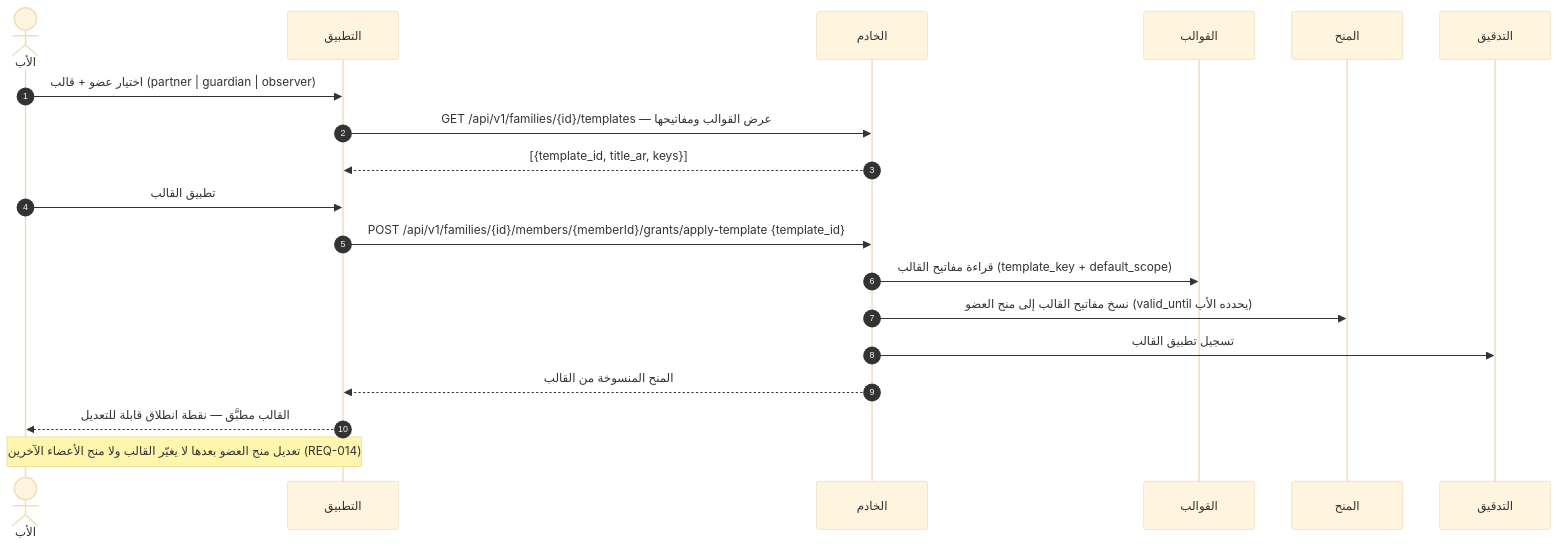
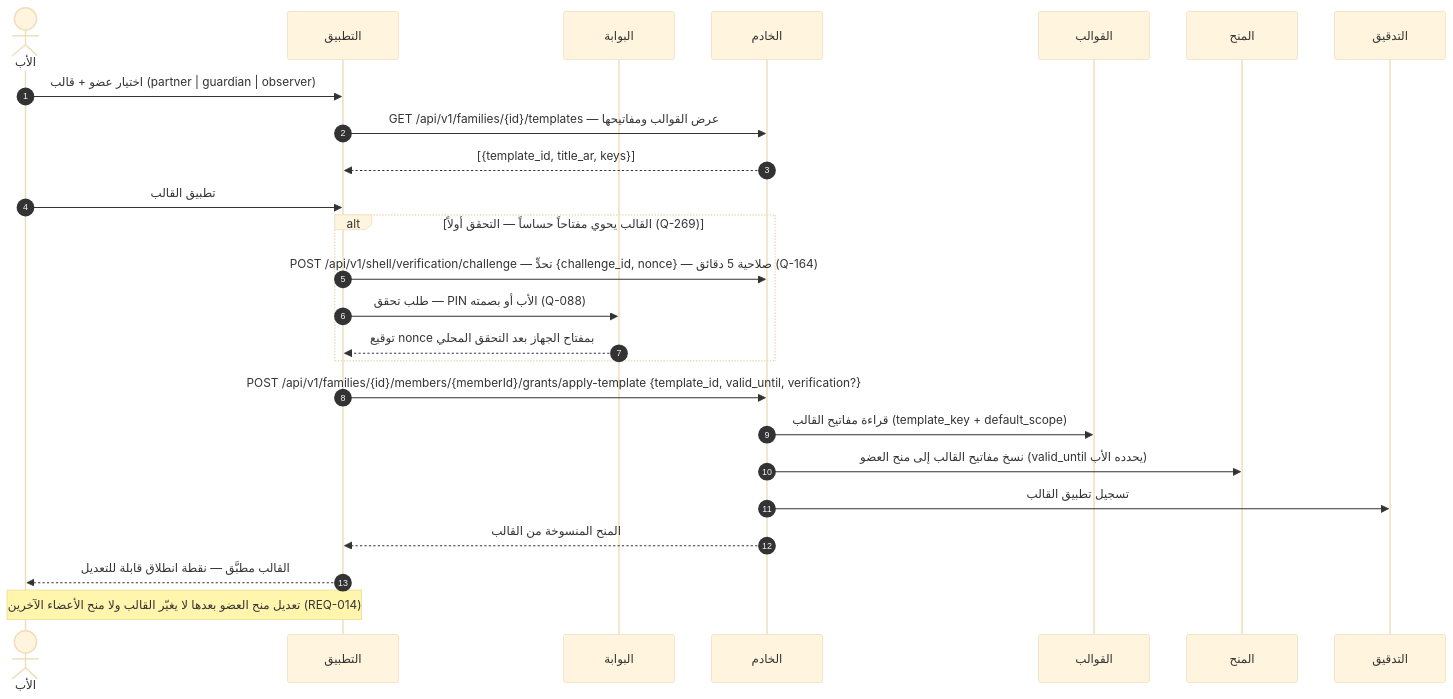
Before and after one commit to Bassam-mohammed-alqaeadi/family-os-v2: the fourth of 14 diagrams in docs/family-os/governance/phases/phase-1/S1-03-family-roles-and-permissions/DIAGRAMS.md, drawn with Mermaid (base theme). The commit also changed other lines of this file and 1 other file, not shown here.

Commit message:
R2-S103-24 (Q-269): التحقق في عقد apply-template؛ والمنح الحساسة لا تُدرج في قائمة الانتظار دون اتصال أبداً — تُرفض حتى يعود الاتصال

````diff
--- a/docs/family-os/governance/phases/phase-1/S1-03-family-roles-and-permissions/DIAGRAMS.md
+++ b/docs/family-os/governance/phases/phase-1/S1-03-family-roles-and-permissions/DIAGRAMS.md
@@ -247,21 +247,27 @@
 ```mermaid
 sequenceDiagram
     autonumber
     actor Father as الأب
     participant App as التطبيق
+    participant S101 as البوابة
     participant Ktor as الخادم
     participant Templates as القوالب
     participant Grants as المنح
     participant Audit as التدقيق
     Father->>App: اختيار عضو + قالب (partner | guardian | observer)
     App->>Ktor: GET /api/v1/families/{id}/templates — عرض القوالب ومفاتيحها
     Ktor-->>App: [{template_id, title_ar, keys}]
     Father->>App: تطبيق القالب
-    App->>Ktor: POST /api/v1/families/{id}/members/{memberId}/grants/apply-template {template_id}
+    alt القالب يحوي مفتاحاً حساساً — التحقق أولاً (Q-269)
+        App->>Ktor: POST /api/v1/shell/verification/challenge — تحدٍّ {challenge_id, nonce} — صلاحية 5 دقائق (Q-164)
+        App->>S101: طلب تحقق — PIN الأب أو بصمته (Q-088)
+        S101-->>App: توقيع nonce بمفتاح الجهاز بعد التحقق المحلي
+    end
+    App->>Ktor: POST /api/v1/families/{id}/members/{memberId}/grants/apply-template {template_id, valid_until, verification?}
     Ktor->>Templates: قراءة مفاتيح القالب (template_key + default_scope)
     Ktor->>Grants: نسخ مفاتيح القالب إلى منح العضو (valid_until يحدده الأب)
     Ktor->>Audit: تسجيل تطبيق القالب
     Ktor-->>App: المنح المنسوخة من القالب
     App-->>Father: القالب مطبَّق — نقطة انطلاق قابلة للتعديل
     Note over Father,App: تعديل منح العضو بعدها لا يغيّر القالب ولا منح الأعضاء الآخرين (REQ-014)
 ```
````
